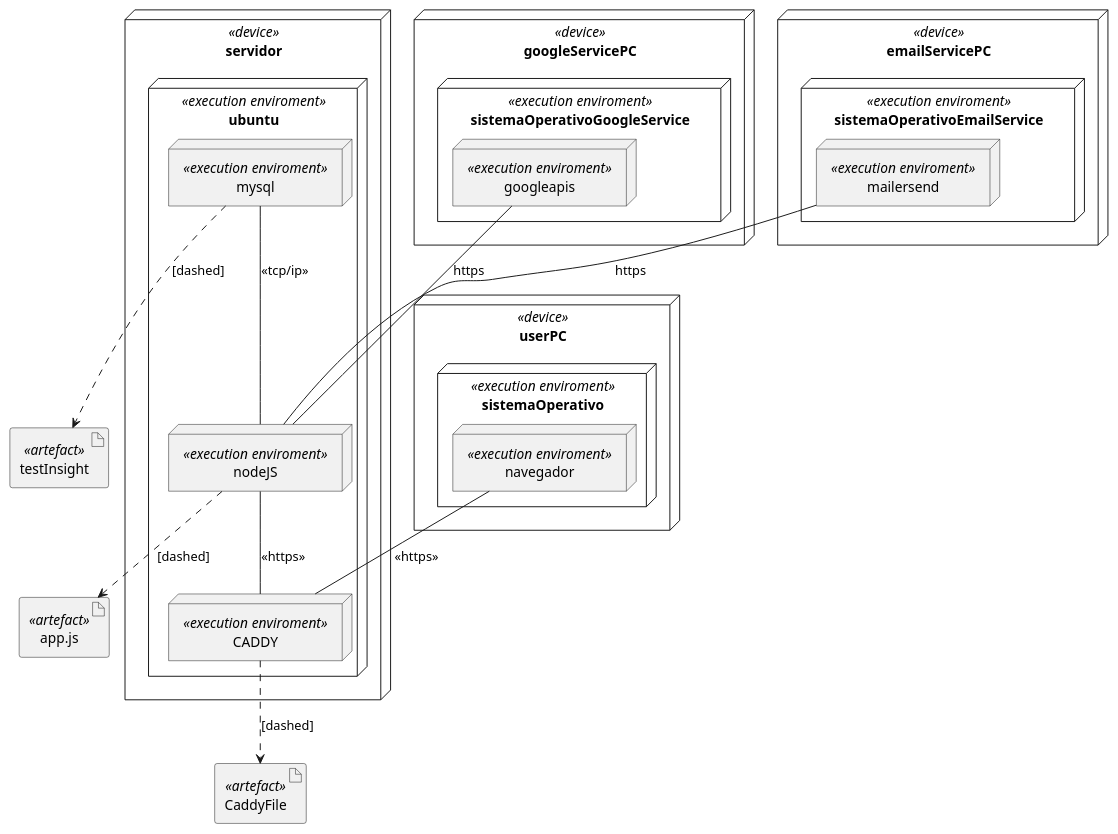
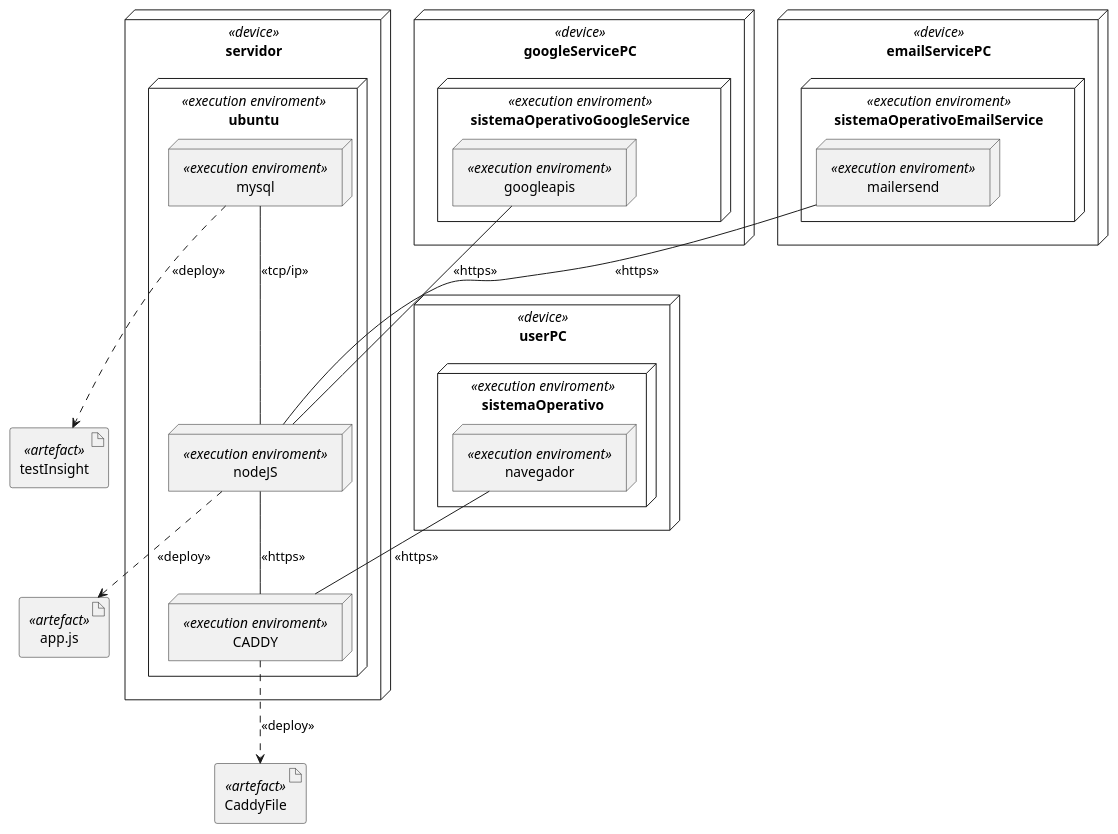
The diagram in uml/despliegue.puml (nicoleum17/TestInsightDX), drawn with PlantUML before and after one commit.

Commit message:
docs(deploy diag): correct protocols

```diff
--- a/uml/despliegue.puml
+++ b/uml/despliegue.puml
@@ -1,58 +1,58 @@
 @startuml Diagrama de Despliegue
 
 node userPC <<device>>{
     node sistemaOperativo <<execution enviroment>>{
         node navegador <<execution enviroment>>{
         }
     }
 }
 
 node servidor <<device>>{
     node ubuntu <<execution enviroment>>{
         node mysql <<execution enviroment>>{
             
         }
         node nodeJS <<execution enviroment>>{
         }
         node CADDY <<execution enviroment>>{
 
         }
         mysql -- nodeJS: <<tcp/ip>>
         nodeJS -- CADDY: <<https>>
     }
 }
 
 artifact testInsight <<artefact>>
-mysql -[dashed]-> testInsight : [dashed]
+mysql -[dashed]-> testInsight : <<deploy>>
 
 artifact app.js <<artefact>>
-nodeJS -[dashed]-> app.js : [dashed]
+nodeJS -[dashed]-> app.js : <<deploy>>
 
 artifact CaddyFile <<artefact>>
-CADDY -[dashed]-> CaddyFile : [dashed]
+CADDY -[dashed]-> CaddyFile : <<deploy>>
 
 
 navegador -- CADDY : <<https>>
 
 node googleServicePC <<device>>{
     node sistemaOperativoGoogleService <<execution enviroment>>{
         node googleapis <<execution enviroment>>{
 
         }
     }
 }
 
-googleapis -- nodeJS : https
+googleapis -- nodeJS : <<https>>
 
 
 node emailServicePC <<device>>{
     node sistemaOperativoEmailService <<execution enviroment>>{
         node mailersend <<execution enviroment>>{
 
         }
     }
 }
 
-mailersend -- nodeJS : https
+mailersend -- nodeJS : <<https>>
 
 @enduml
```
